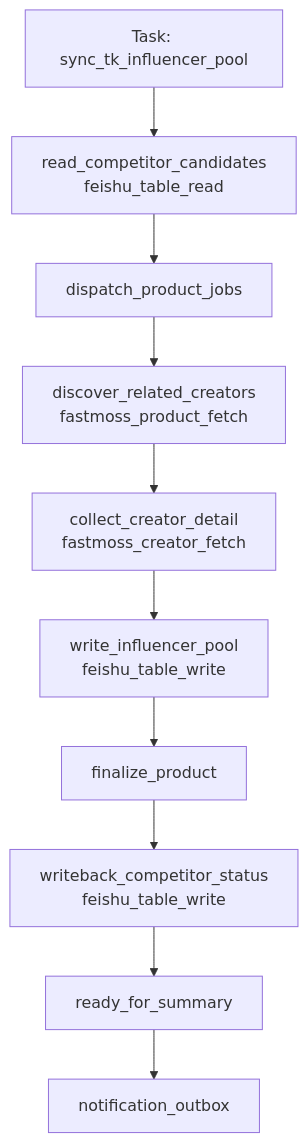
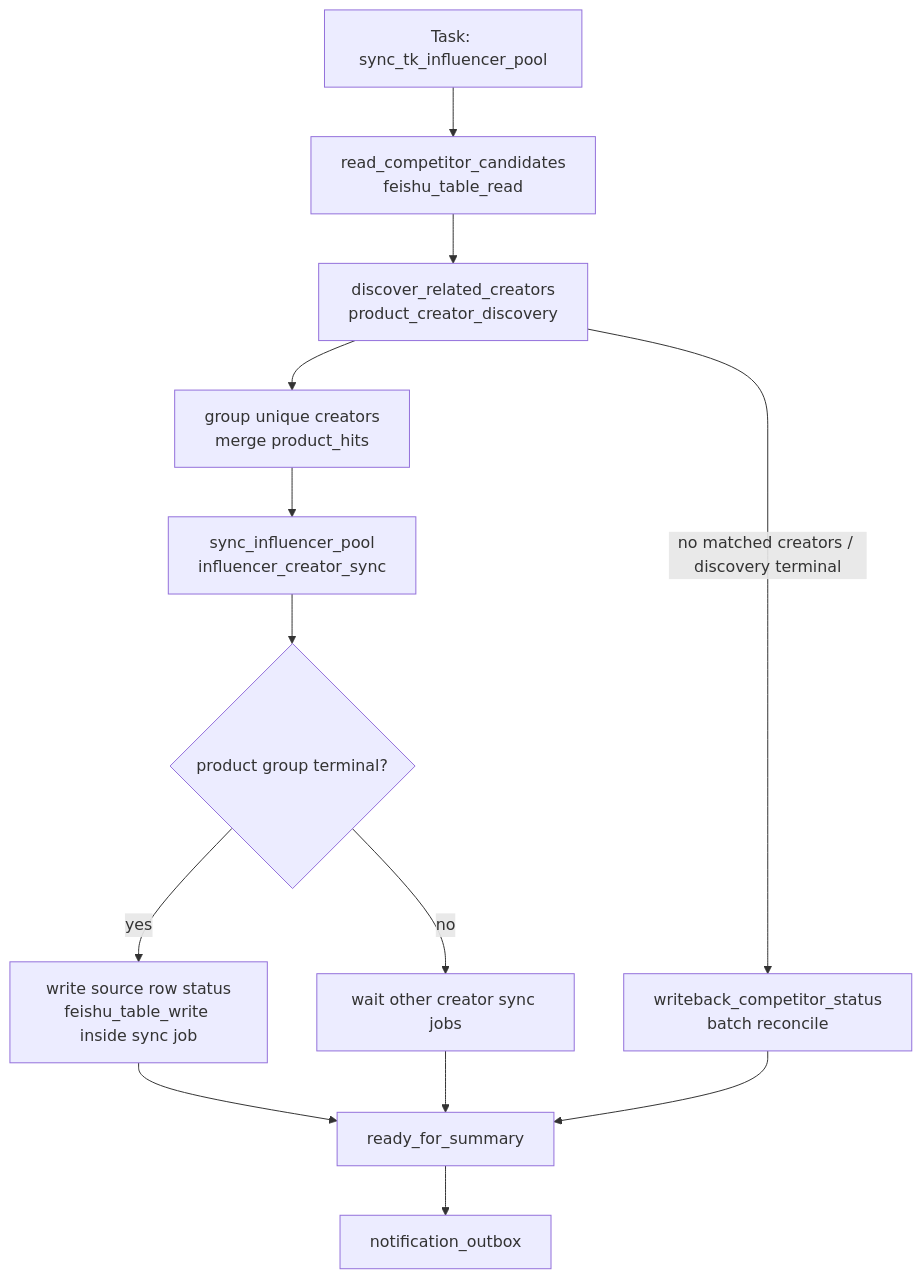
One commit to knighterrantsky/mujitask changed the first of 5 diagrams in docs/arch/workflow-influencer-pool-sync-design.md. Above: the diagram before and after it, drawn with Mermaid. The commit also changed other lines of this file and 62 other files, not shown here.

Commit message:
Finalize project architecture contracts and workflow gates

````diff
--- a/docs/arch/workflow-influencer-pool-sync-design.md
+++ b/docs/arch/workflow-influencer-pool-sync-design.md
@@ -32,12 +32,15 @@
 ```mermaid
 flowchart TD
     A["Task: sync_tk_influencer_pool"] --> B["read_competitor_candidates<br/>feishu_table_read"]
-    B --> C["dispatch_product_jobs"]
-    C --> D["discover_related_creators<br/>fastmoss_product_fetch"]
-    D --> E["collect_creator_detail<br/>fastmoss_creator_fetch"]
-    E --> F["write_influencer_pool<br/>feishu_table_write"]
-    F --> G["finalize_product"]
-    G --> H["writeback_competitor_status<br/>feishu_table_write"]
-    H --> I["ready_for_summary"]
-    I --> J["notification_outbox"]
+    B --> C["discover_related_creators<br/>product_creator_discovery"]
+    C --> D["group unique creators<br/>merge product_hits"]
+    D --> E["sync_influencer_pool<br/>influencer_creator_sync"]
+    E --> F{"product group terminal?"}
+    F -->|yes| G["write source row status<br/>feishu_table_write inside sync job"]
+    F -->|no| H["wait other creator sync jobs"]
+    C -->|no matched creators / discovery terminal| I["writeback_competitor_status<br/>batch reconcile"]
+    G --> J["ready_for_summary"]
+    I --> J
+    H --> J
+    J --> K["notification_outbox"]
 ```
````
